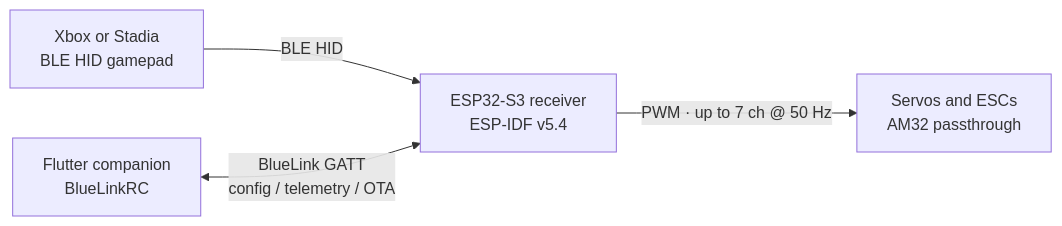
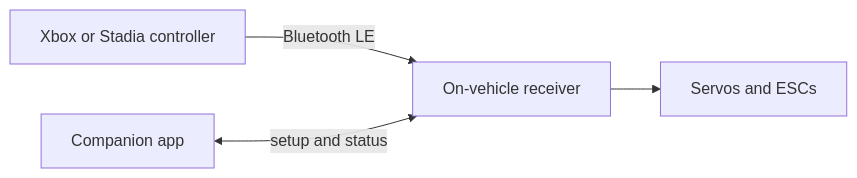
One commit to Bluelink-RC/bluelink-rc changed the diagram in README.md. Above: the diagram before and after it, drawn with Mermaid. The commit also changed other lines of this file and 2 other files, not shown here.

````diff
--- a/README.md
+++ b/README.md
@@ -11,6 +11,6 @@
 ```mermaid
 flowchart LR
-  Controller["Xbox or Stadia<br/>BLE HID gamepad"] -->|BLE HID| Receiver["ESP32-S3 receiver<br/>ESP-IDF v5.4"]
-  App["Flutter companion<br/>BlueLinkRC"] <-->|"BlueLink GATT<br/>config / telemetry / OTA"| Receiver
-  Receiver -->|"PWM · up to 7 ch @ 50 Hz"| Outputs["Servos and ESCs<br/>AM32 passthrough"]
+  Pad["Xbox or Stadia controller"] -->|Bluetooth LE| Receiver["On-vehicle receiver"]
+  Phone["Companion app"] <-->|setup and status| Receiver
+  Receiver --> Out["Servos and ESCs"]
 ```
````
